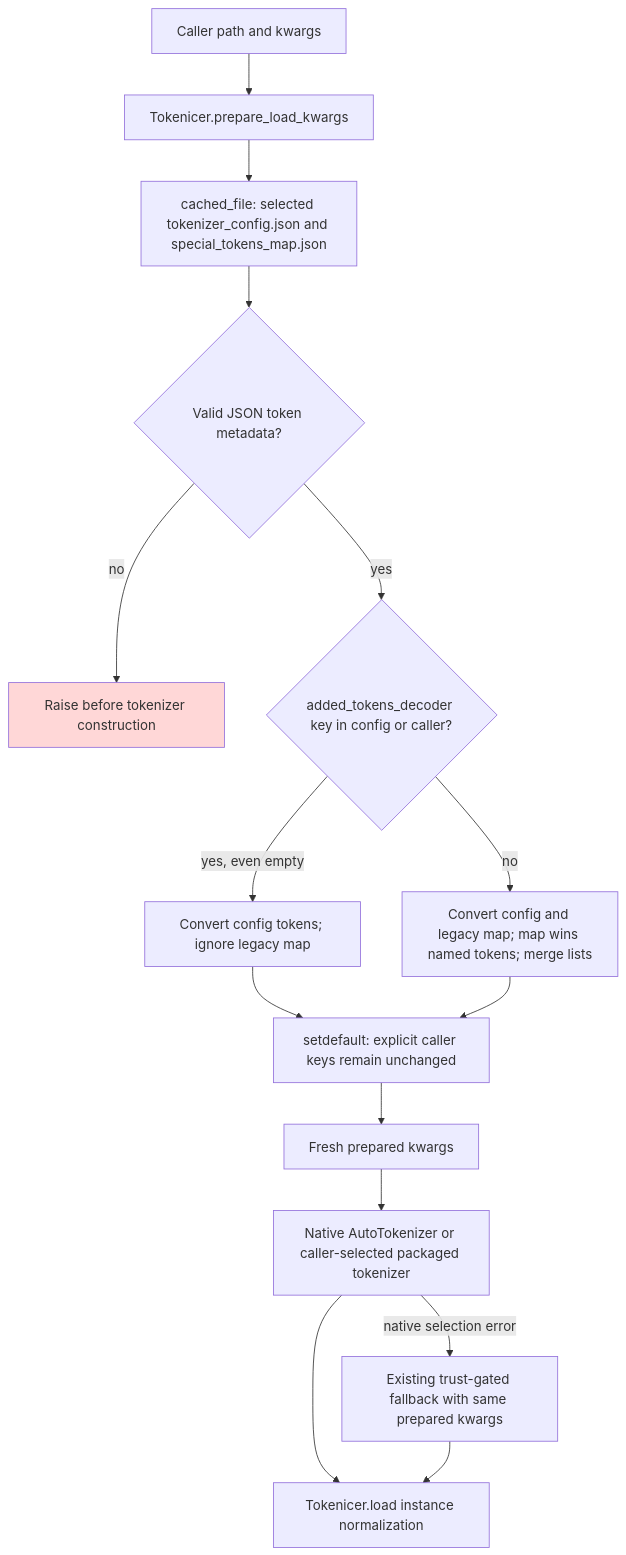
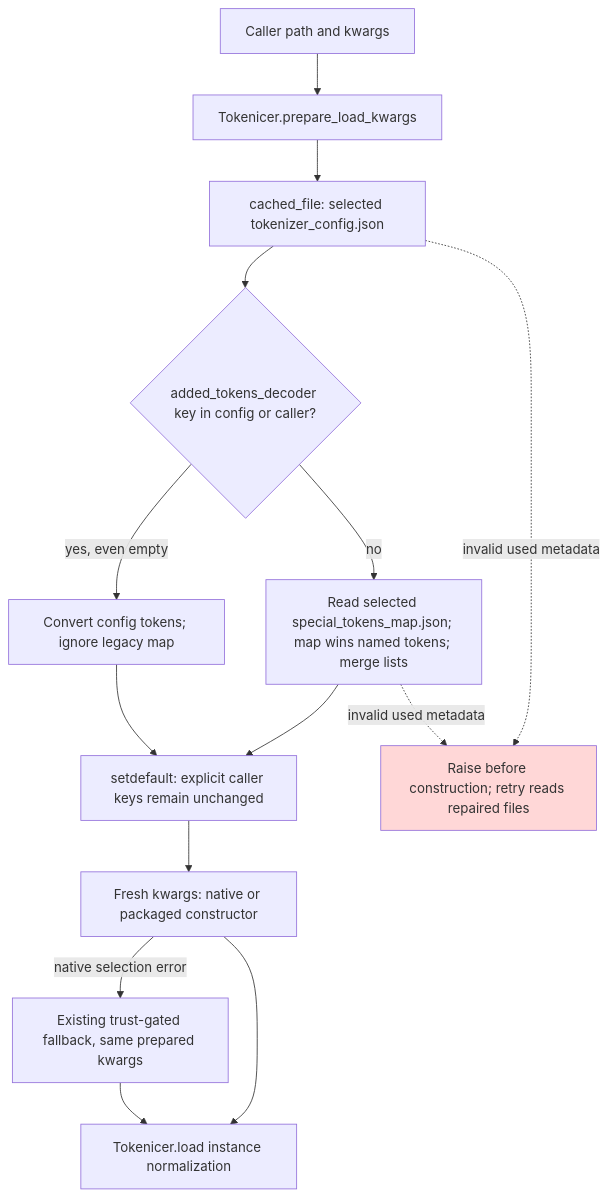
Before and after one commit to ModelCloud/Tokenicer: the diagram in docs/tokenizer-preload-metadata.md, drawn with Mermaid. The commit also changed other lines of this file and 1 other file, not shown here.

Commit message:
Align tokenizer flow diagrams with selected metadata branches

````diff
--- a/docs/tokenizer-preload-metadata.md
+++ b/docs/tokenizer-preload-metadata.md
@@ -10,19 +10,17 @@
 ```mermaid
 flowchart TD
     A["Caller path and kwargs"] --> B["Tokenicer.prepare_load_kwargs"]
-    B --> C["cached_file: selected tokenizer_config.json and special_tokens_map.json"]
-    C --> D{"Valid JSON token metadata?"}
-    D -->|no| E["Raise before tokenizer construction"]
-    D -->|yes| F{"added_tokens_decoder key in config or caller?"}
-    F -->|yes, even empty| M["Convert config tokens; ignore legacy map"]
-    F -->|no| L["Convert config and legacy map; map wins named tokens; merge lists"]
-    M --> G
-    L --> G
-    G["setdefault: explicit caller keys remain unchanged"]
-    G --> H["Fresh prepared kwargs"]
-    H --> I["Native AutoTokenizer or caller-selected packaged tokenizer"]
-    I -->|native selection error| J["Existing trust-gated fallback with same prepared kwargs"]
-    I --> K["Tokenicer.load instance normalization"]
-    J --> K
-    style E fill:#ffd7d7
+    B --> C["cached_file: selected tokenizer_config.json"]
+    C --> D{"added_tokens_decoder key in config or caller?"}
+    D -->|yes, even empty| E["Convert config tokens; ignore legacy map"]
+    D -->|no| F["Read selected special_tokens_map.json; map wins named tokens; merge lists"]
+    F --> G["setdefault: explicit caller keys remain unchanged"]
+    E --> G
+    G --> H["Fresh kwargs: native or packaged constructor"]
+    H -->|native selection error| I["Existing trust-gated fallback, same prepared kwargs"]
+    H --> J["Tokenicer.load instance normalization"]
+    I --> J
+    C -.->|invalid used metadata| X["Raise before construction; retry reads repaired files"]
+    F -.->|invalid used metadata| X
+    style X fill:#ffd7d7
 ```
````
